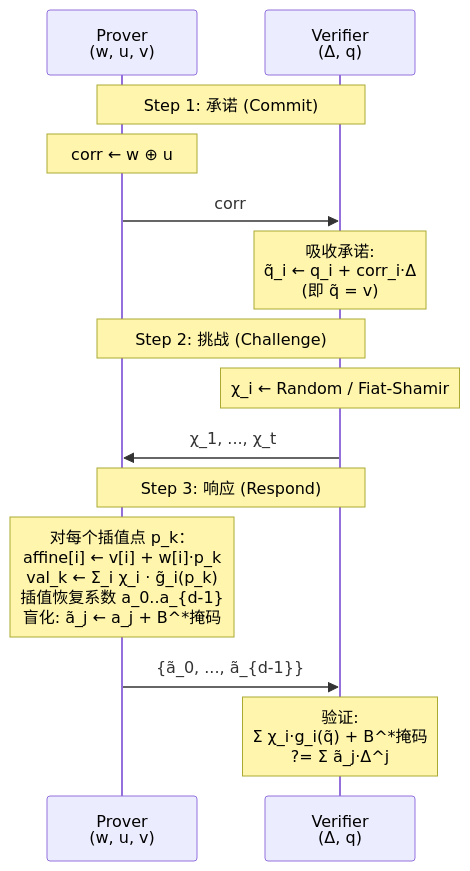
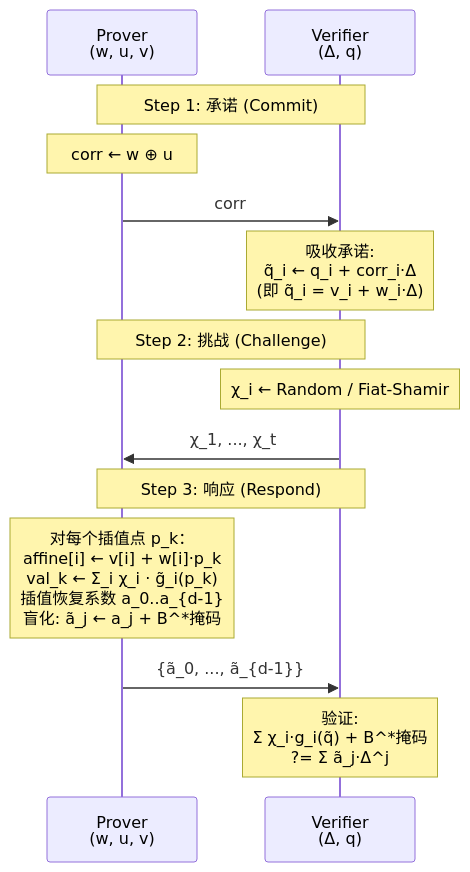
Before and after one commit to coperlm/CodeBasedZKPwithVOLEitH_README: the first of 2 diagrams in src/5_ZK核心证明协议.md, drawn with Mermaid. The commit also changed other lines of this file and 9 other files, not shown here.

````diff
--- a/src/5_ZK核心证明协议.md
+++ b/src/5_ZK核心证明协议.md
@@ -28,20 +28,20 @@
 ```mermaid
 sequenceDiagram
     participant P as Prover<br>(w, u, v)
     participant V as Verifier<br>(Δ, q)
 
     Note over P, V: Step 1: 承诺 (Commit)
     Note over P: corr ← w ⊕ u
     P->>V: corr
-    Note over V: 吸收承诺:<br/>q̃_i ← q_i + corr_i·Δ<br/>(即 q̃ = v)
+    Note over V: 吸收承诺:<br/>q̃_i ← q_i + corr_i·Δ<br/>(即 q̃_i = v_i + w_i·Δ)
 
     Note over P, V: Step 2: 挑战 (Challenge)
     Note over V: χ_i ← Random / Fiat-Shamir
     V->>P: χ_1, ..., χ_t
 
     Note over P, V: Step 3: 响应 (Respond)
     Note over P: 对每个插值点 p_k：<br/>affine[i] ← v[i] + w[i]·p_k<br/>val_k ← Σ_i χ_i · g̃_i(p_k)<br/>插值恢复系数 a_0..a_{d-1}<br/>盲化: ã_j ← a_j + B^*掩码
     P->>V: {ã_0, ..., ã_{d-1}}
     
     Note over V: 验证:<br/>Σ χ_i·g_i(q̃) + B^*掩码<br/>?= Σ ã_j·Δ^j
 ```
````
